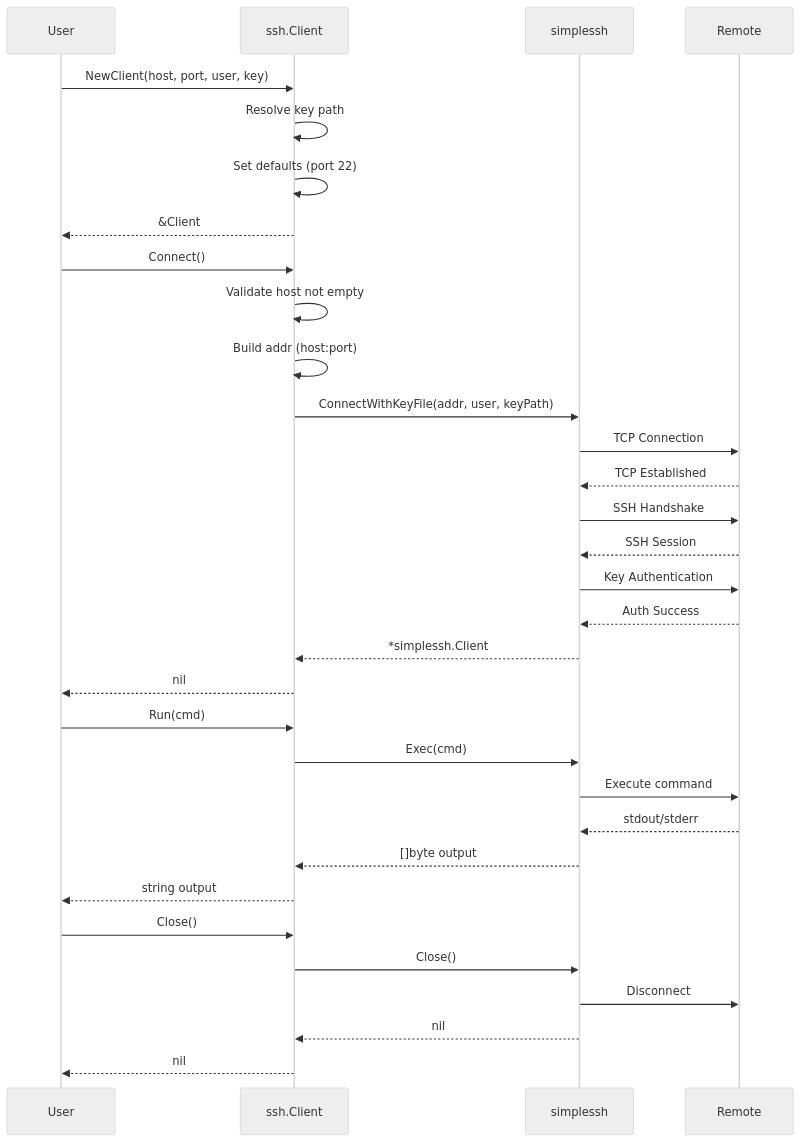
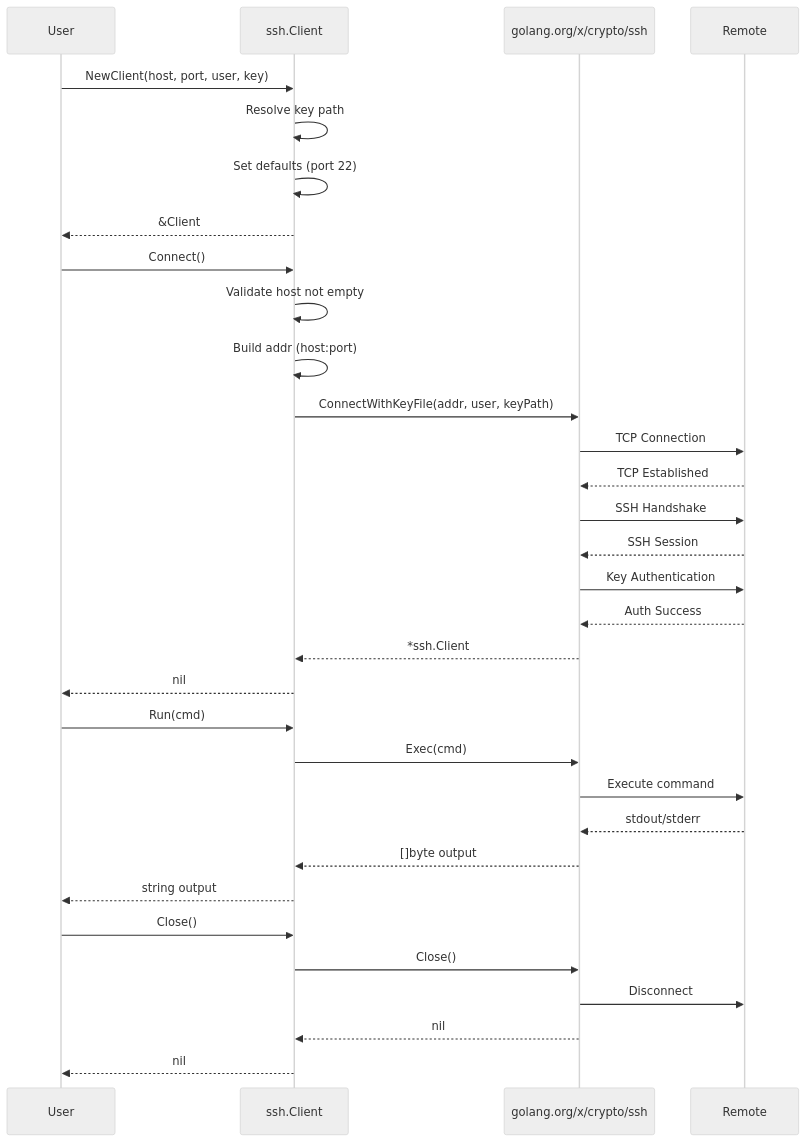
Diagram 12 of 14 in docs/livewiki/data_flow.md (dracory/ork), drawn with Mermaid (neutral theme) before and after one commit. The commit also changed other lines of this file and 9 other files, not shown here.

Commit message:
refactor: replace simplessh with golang.org/x/crypto/ssh for direct SSH implementation with custom algorithm support and known_hosts validation

````diff
--- a/docs/livewiki/data_flow.md
+++ b/docs/livewiki/data_flow.md
@@ -324,42 +324,42 @@
 ```mermaid
 sequenceDiagram
     participant User
     participant ssh.Client
-    participant simplessh
+    participant golang.org/x/crypto/ssh
     participant Remote
     
     User->>ssh.Client: NewClient(host, port, user, key)
     ssh.Client->>ssh.Client: Resolve key path
     ssh.Client->>ssh.Client: Set defaults (port 22)
     ssh.Client-->>User: &Client
     
     User->>ssh.Client: Connect()
     ssh.Client->>ssh.Client: Validate host not empty
     ssh.Client->>ssh.Client: Build addr (host:port)
-    ssh.Client->>simplessh: ConnectWithKeyFile(addr, user, keyPath)
+    ssh.Client->>golang.org/x/crypto/ssh: ConnectWithKeyFile(addr, user, keyPath)
     
-    simplessh->>Remote: TCP Connection
-    Remote-->>simplessh: TCP Established
+    golang.org/x/crypto/ssh->>Remote: TCP Connection
+    Remote-->>golang.org/x/crypto/ssh: TCP Established
     
-    simplessh->>Remote: SSH Handshake
-    Remote-->>simplessh: SSH Session
+    golang.org/x/crypto/ssh->>Remote: SSH Handshake
+    Remote-->>golang.org/x/crypto/ssh: SSH Session
     
-    simplessh->>Remote: Key Authentication
-    Remote-->>simplessh: Auth Success
+    golang.org/x/crypto/ssh->>Remote: Key Authentication
+    Remote-->>golang.org/x/crypto/ssh: Auth Success
     
-    simplessh-->>ssh.Client: *simplessh.Client
+    golang.org/x/crypto/ssh-->>ssh.Client: *ssh.Client
     ssh.Client-->>User: nil
     
     User->>ssh.Client: Run(cmd)
-    ssh.Client->>simplessh: Exec(cmd)
-    simplessh->>Remote: Execute command
-    Remote-->>simplessh: stdout/stderr
-    simplessh-->>ssh.Client: []byte output
+    ssh.Client->>golang.org/x/crypto/ssh: Exec(cmd)
+    golang.org/x/crypto/ssh->>Remote: Execute command
+    Remote-->>golang.org/x/crypto/ssh: stdout/stderr
+    golang.org/x/crypto/ssh-->>ssh.Client: []byte output
     ssh.Client-->>User: string output
     
     User->>ssh.Client: Close()
-    ssh.Client->>simplessh: Close()
-    simplessh->>Remote: Disconnect
-    simplessh-->>ssh.Client: nil
+    ssh.Client->>golang.org/x/crypto/ssh: Close()
+    golang.org/x/crypto/ssh->>Remote: Disconnect
+    golang.org/x/crypto/ssh-->>ssh.Client: nil
     ssh.Client-->>User: nil
 ```
````
